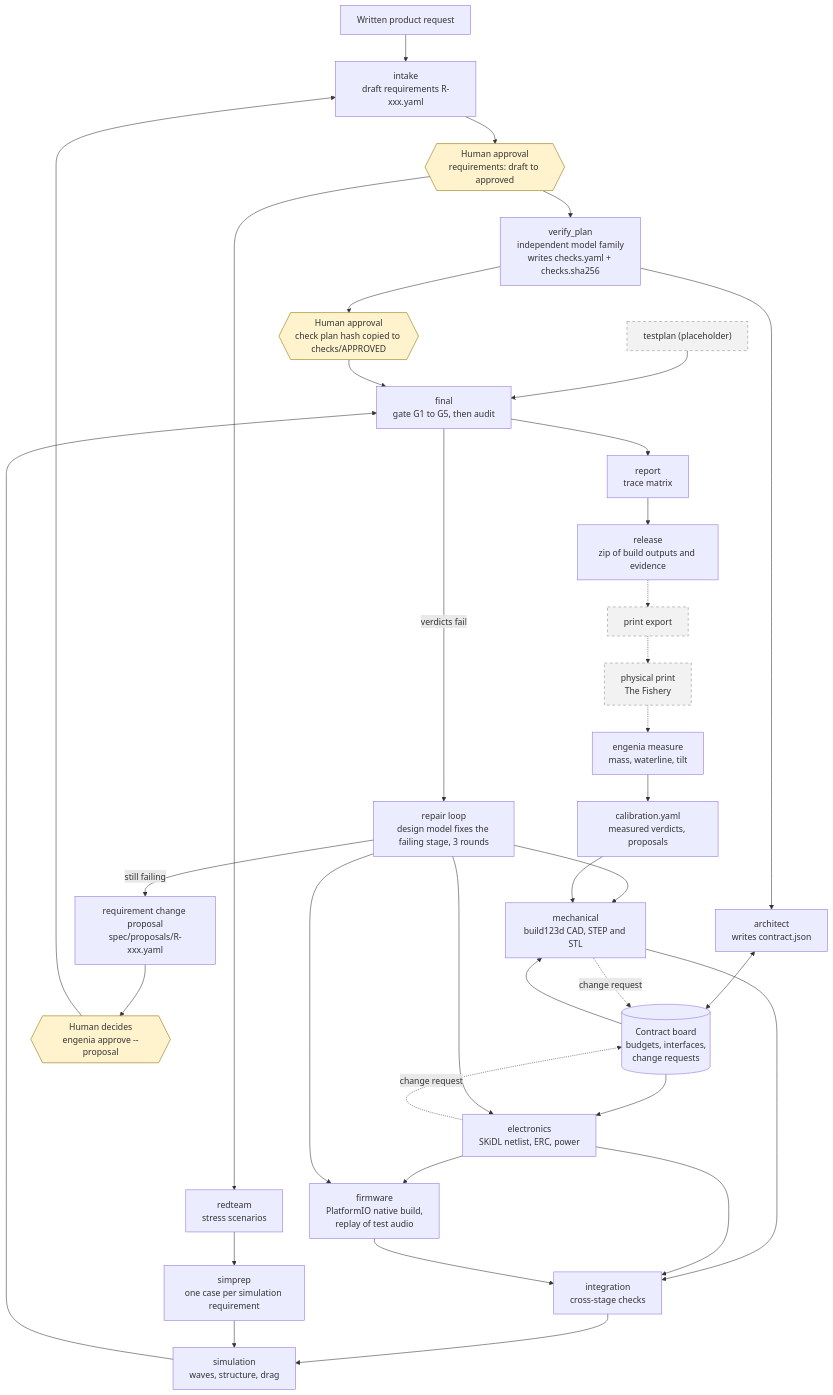
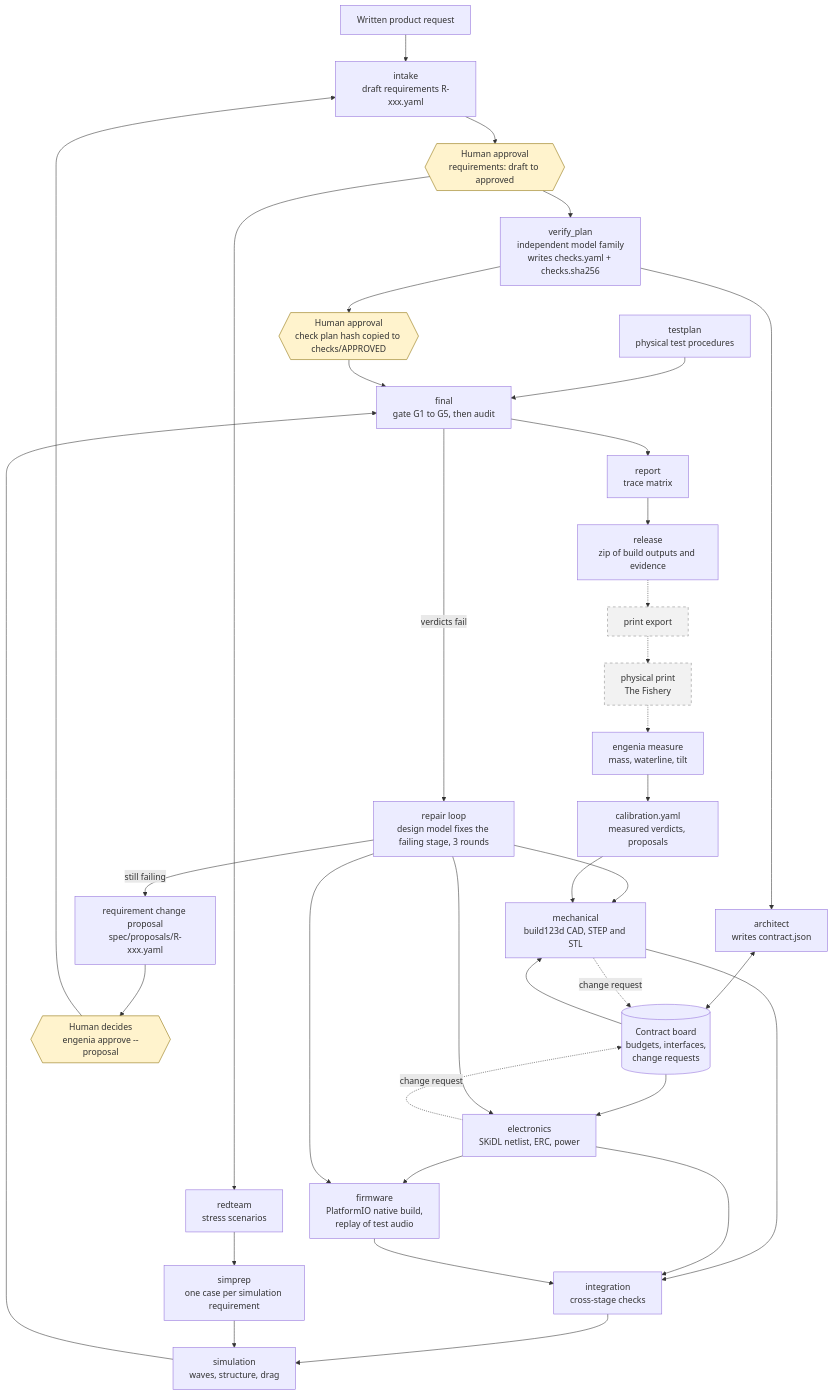
Before and after one commit to TimothyVictor1/Engenia: the diagram in README.md, drawn with Mermaid. The commit also changed other lines of this file and 11 other files, not shown here.

````diff
--- a/README.md
+++ b/README.md
@@ -32,49 +32,49 @@
 ```mermaid
 flowchart TB
     BRIEF["Written product request"] --> INTAKE["intake<br/>draft requirements R-xxx.yaml"]
     INTAKE --> H1{{"Human approval<br/>requirements: draft to approved"}}
 
     H1 --> VPLAN["verify_plan<br/>independent model family<br/>writes checks.yaml + checks.sha256"]
     H1 --> RED["redteam<br/>stress scenarios"]
     VPLAN --> H2{{"Human approval<br/>check plan hash copied to checks/APPROVED"}}
     VPLAN --> ARCH["architect<br/>writes contract.json"]
     ARCH <--> BOARD[("Contract board<br/>budgets, interfaces,<br/>change requests")]
 
     BOARD --> MECH["mechanical<br/>build123d CAD, STEP and STL"]
     BOARD --> ELEC["electronics<br/>SKiDL netlist, ERC, power"]
     ELEC --> FW["firmware<br/>PlatformIO native build,<br/>replay of test audio"]
     MECH -. "change request" .-> BOARD
     ELEC -. "change request" .-> BOARD
 
     MECH --> INT["integration<br/>cross-stage checks"]
     ELEC --> INT
     FW --> INT
     RED --> SIMPREP["simprep<br/>one case per simulation requirement"]
     INT --> SIM["simulation<br/>waves, structure, drag"]
     SIMPREP --> SIM
 
     SIM --> FINAL["final<br/>gate G1 to G5, then audit"]
-    TP["testplan (placeholder)"] --> FINAL
+    TP["testplan<br/>physical test procedures"] --> FINAL
     H2 --> FINAL
     FINAL --> REPORT["report<br/>trace matrix"]
     REPORT --> REL["release<br/>zip of build outputs and evidence"]
 
     FINAL -- "verdicts fail" --> REPAIR["repair loop<br/>design model fixes the failing stage, 3 rounds"]
     REPAIR --> MECH
     REPAIR --> ELEC
     REPAIR --> FW
     REPAIR -- "still failing" --> PROP["requirement change proposal<br/>spec/proposals/R-xxx.yaml"]
     PROP --> H3{{"Human decides<br/>engenia approve --proposal"}}
     H3 --> INTAKE
 
     REL -.-> EXPORT["print export"]
     EXPORT -.-> PRINT["physical print<br/>The Fishery"]
     PRINT -.-> MEASURE["engenia measure<br/>mass, waterline, tilt"]
     MEASURE --> CAL["calibration.yaml<br/>measured verdicts, proposals"]
     CAL --> MECH
 
     classDef human fill:#fff3cd,stroke:#8a6d00;
     classDef todo stroke-dasharray: 5 5,fill:#f2f2f2,stroke:#888;
     class H1,H2,H3 human;
-    class TP,EXPORT,PRINT todo;
+    class EXPORT,PRINT todo;
 ```
````
